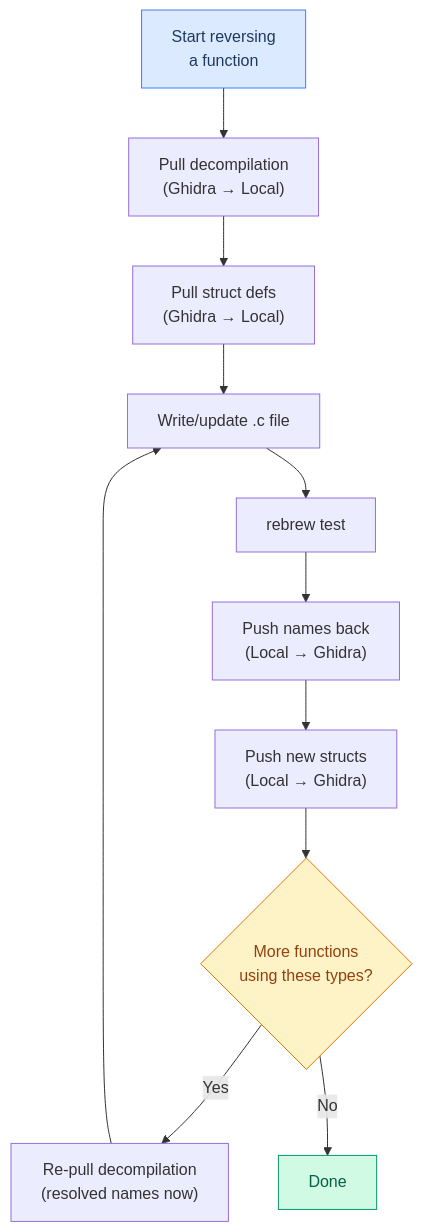
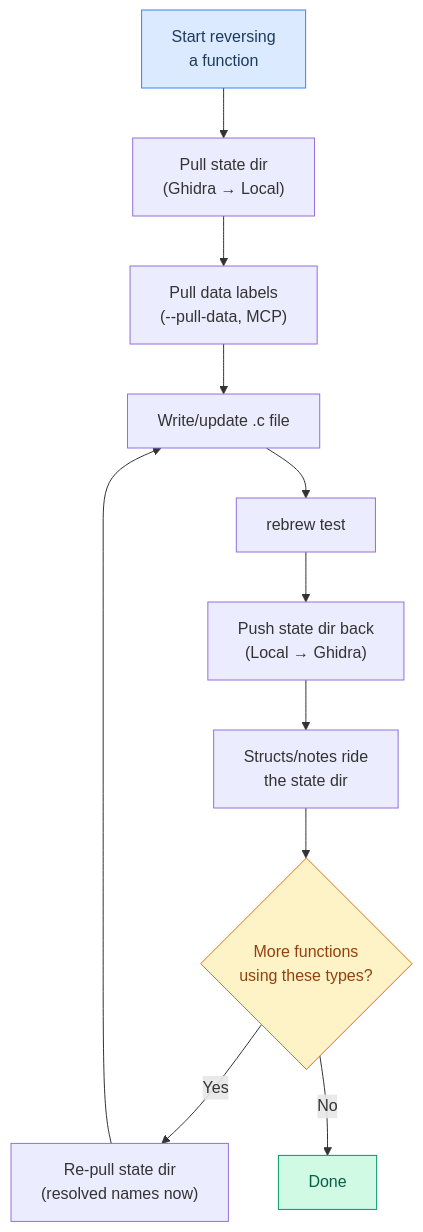
One commit to maci0/rebrew changed the ninth of 16 diagrams in docs/USER_STORIES.md. Above: the diagram before and after it, drawn with Mermaid. The commit also changed other lines of this file and 11 other files, not shown here.

First line of the commit message:
docs, skills, flowcharts synced to the CLI; globals.status persisted

````diff
--- a/docs/USER_STORIES.md
+++ b/docs/USER_STORIES.md
@@ -297,17 +298,17 @@
 ```mermaid
 graph TD
-    A["Start reversing<br/>a function"] --> B["Pull decompilation<br/>(Ghidra → Local)"]
-    B --> C["Pull struct defs<br/>(Ghidra → Local)"]
+    A["Start reversing<br/>a function"] --> B["Pull state dir<br/>(Ghidra → Local)"]
+    B --> C["Pull data labels<br/>(--pull-data, MCP)"]
     C --> D["Write/update .c file"]
     D --> E["rebrew test"]
-    E --> F["Push names back<br/>(Local → Ghidra)"]
-    F --> G["Push new structs<br/>(Local → Ghidra)"]
+    E --> F["Push state dir back<br/>(Local → Ghidra)"]
+    F --> G["Structs/notes ride<br/>the state dir"]
     G --> H{"More functions<br/>using these types?"}
-    H -->|Yes| I["Re-pull decompilation<br/>(resolved names now)"]
+    H -->|Yes| I["Re-pull state dir<br/>(resolved names now)"]
     I --> D
     H -->|No| J["Done"]
 
     style A fill:#dbeafe,stroke:#3b82f6,color:#1e3a5f
     style J fill:#d1fae5,stroke:#059669,color:#065f46
     style H fill:#fef3c7,stroke:#d97706,color:#92400e
 ```
````
